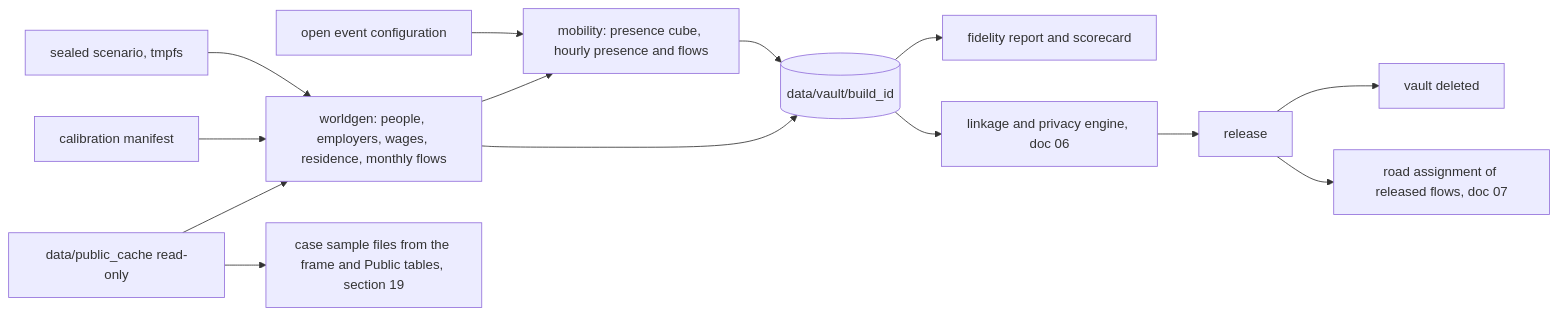
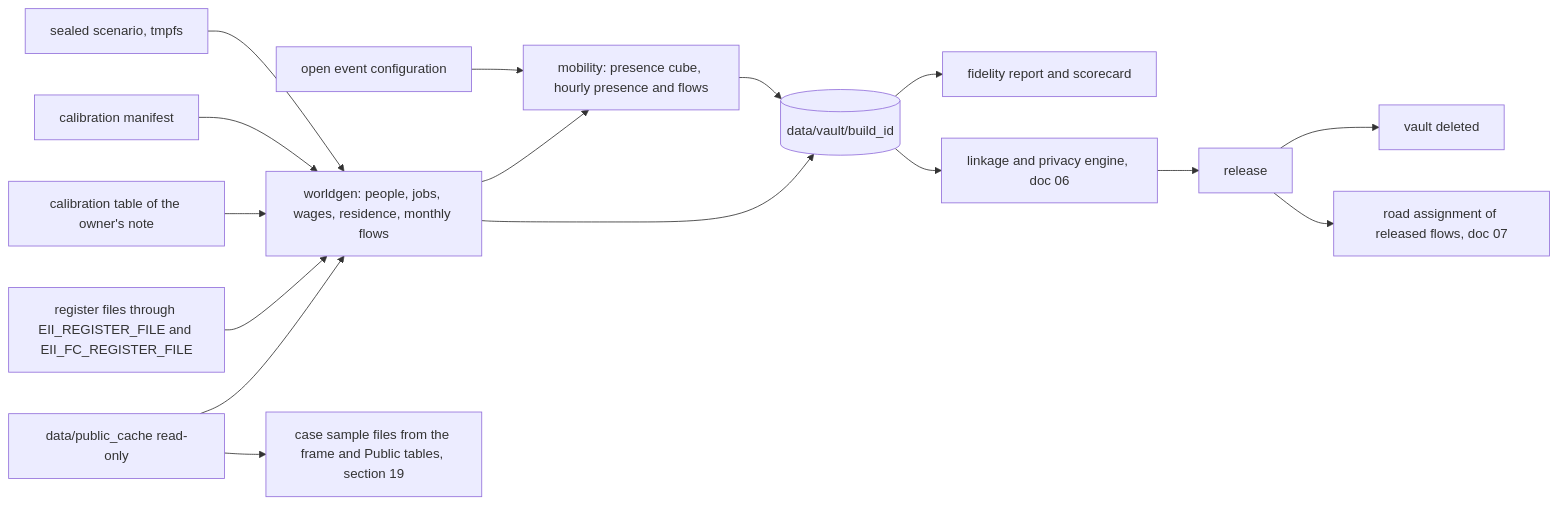
The diagram in docs/05_SYNTHETIC_WORLD_AND_SIMULATION.md (albarami/economic-investment-intelligence), drawn with Mermaid before and after one commit. The commit also changed other lines of this file and 25 other files, not shown here.

First line of the commit message:
docs(decision-0022): real register companies with a synthetic labour and residence world attached (#37)

````diff
--- a/docs/05_SYNTHETIC_WORLD_AND_SIMULATION.md
+++ b/docs/05_SYNTHETIC_WORLD_AND_SIMULATION.md
@@ -37,16 +37,18 @@
 ```mermaid
 flowchart LR
-  PC[data/public_cache read-only] --> WG[worldgen: people, employers, wages, residence, monthly flows]
+  PC[data/public_cache read-only] --> WG[worldgen: people, jobs, wages, residence, monthly flows]
+  RF[register files through EII_REGISTER_FILE and EII_FC_REGISTER_FILE] --> WG
+  CT[calibration table of the owner's note] --> WG
   CM[calibration manifest] --> WG
   SC[sealed scenario, tmpfs] --> WG
   WG --> V[(data/vault/build_id)]
   WG --> MS[mobility: presence cube, hourly presence and flows]
   EC[open event configuration] --> MS
   MS --> V
   V --> FR[fidelity report and scorecard]
   V --> PE[linkage and privacy engine, doc 06]
   PE --> R[release]
   R --> DEL[vault deleted]
   R --> TA[road assignment of released flows, doc 07]
   PC --> CF[case sample files from the frame and Public tables, section 19]
 ```
````
